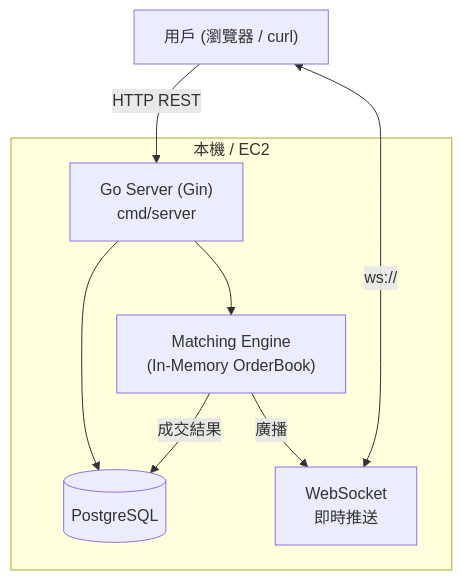
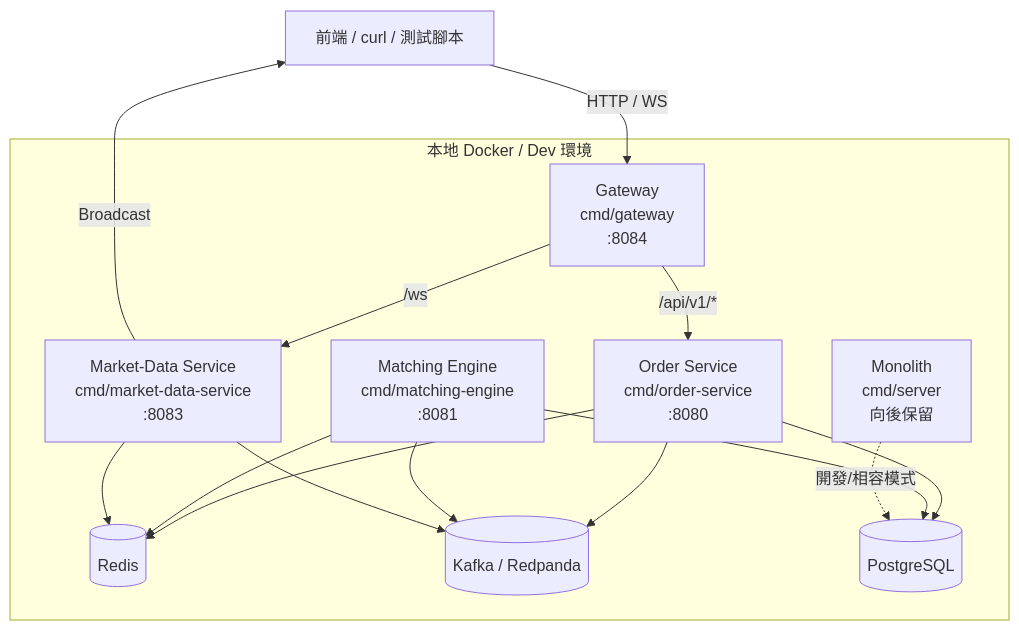
Before and after one commit to RayLiu1999/cyptocurrency-exchange-backend: the first of 3 diagrams in docs/architecture/ARCHITECTURE.md, drawn with Mermaid. The commit also changed other lines of this file, not shown here.

Commit message:
feat: update architecture document to reflect current state of microservices MVP and next steps for ECS deployment and reliability enhancements

````diff
--- a/docs/architecture/ARCHITECTURE.md
+++ b/docs/architecture/ARCHITECTURE.md
@@ -29,17 +44,33 @@
 ```mermaid
 graph TD
-    CLIENT["用戶 (瀏覽器 / curl)"]
-    subgraph "本機 / EC2"
-        API["Go Server (Gin)\ncmd/server"]
-        MATCH["Matching Engine\n(In-Memory OrderBook)"]
-        PG[("PostgreSQL")]
-        WS["WebSocket\n即時推送"]
+        CLIENT["前端 / curl / 測試腳本"]
+
+        subgraph "本地 Docker / Dev 環境"
+                GW["Gateway\ncmd/gateway\n:8084"]
+                OS["Order Service\ncmd/order-service\n:8080"]
+                ME["Matching Engine\ncmd/matching-engine\n:8081"]
+                MD["Market-Data Service\ncmd/market-data-service\n:8083"]
+                REDIS[("Redis")]
+                KAFKA[("Kafka / Redpanda")]
+                PG[("PostgreSQL")]
+                MONO["Monolith\ncmd/server\n向後保留"]
     end
 
-    CLIENT -->|HTTP REST| API
-    CLIENT <-->|ws://| WS
-    API --> MATCH
-    MATCH -->|成交結果| PG
-    API --> PG
-    MATCH -->|廣播| WS
+        CLIENT -->|HTTP / WS| GW
+        GW -->|/api/v1/*| OS
+        GW -->|/ws| MD
+
+        OS --> PG
+        OS --> REDIS
+        OS --> KAFKA
+
+        ME --> KAFKA
+        ME --> REDIS
+        ME --> PG
+
+        MD --> KAFKA
+        MD --> REDIS
+        MD -->|Broadcast| CLIENT
+
+        MONO -. 開發/相容模式 .-> PG
 ```
````
